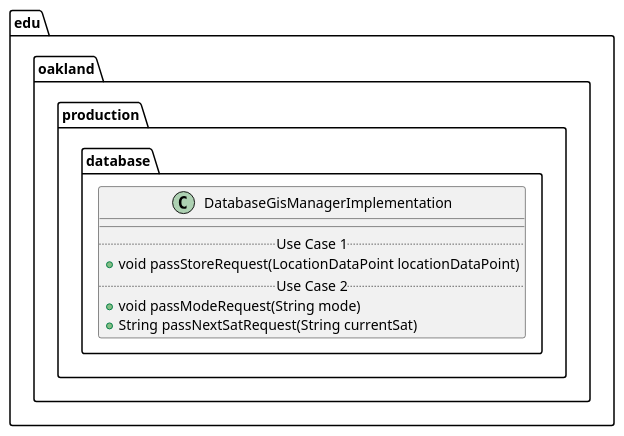
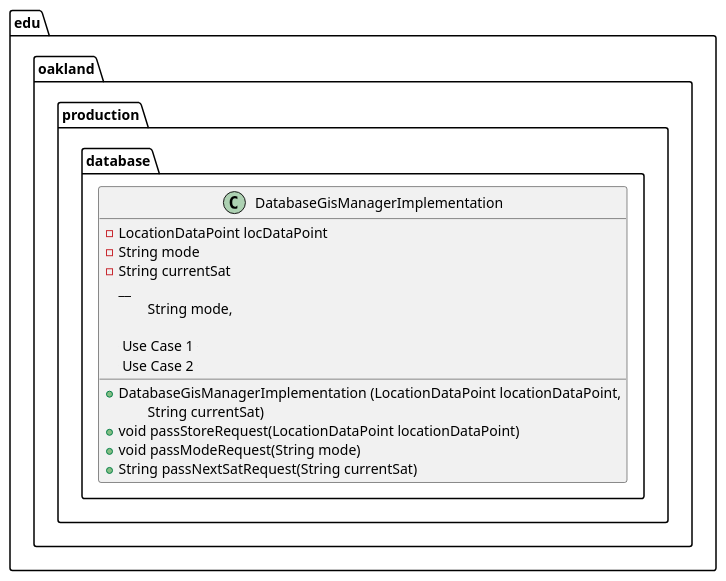
One commit to elilley15/csi-3370-software-project changed the diagram in docs/uml-class-diagrams/database/production/DatabaseGisManagerImplementation/DatabaseGisManagerImplementation.puml. Above: the diagram before and after it, drawn with PlantUML. The commit also changed 211 other files, not shown here.

First line of the commit message:
[Database] Document Internal Class Implementation (#48)

```diff
--- a/docs/uml-class-diagrams/database/production/DatabaseGisManagerImplementation/DatabaseGisManagerImplementation.puml
+++ b/docs/uml-class-diagrams/database/production/DatabaseGisManagerImplementation/DatabaseGisManagerImplementation.puml
@@ -1,14 +1,21 @@
 @startuml DatabaseGisManagerImplementation
 
 package edu.oakland.production.database {
     class DatabaseGisManagerImplementation {
-        __
+    	- LocationDataPoint locDataPoint
+    	- String mode
+    	- String currentSat
+          __
+        + DatabaseGisManagerImplementation (LocationDataPoint locationDataPoint, 
+        \tString mode, 
+        \tString currentSat)
+        
         .. Use Case 1 ..
         + void passStoreRequest(LocationDataPoint locationDataPoint)
         .. Use Case 2 ..
         + void passModeRequest(String mode)
         + String passNextSatRequest(String currentSat)
     }
 }
 
 @enduml
```
